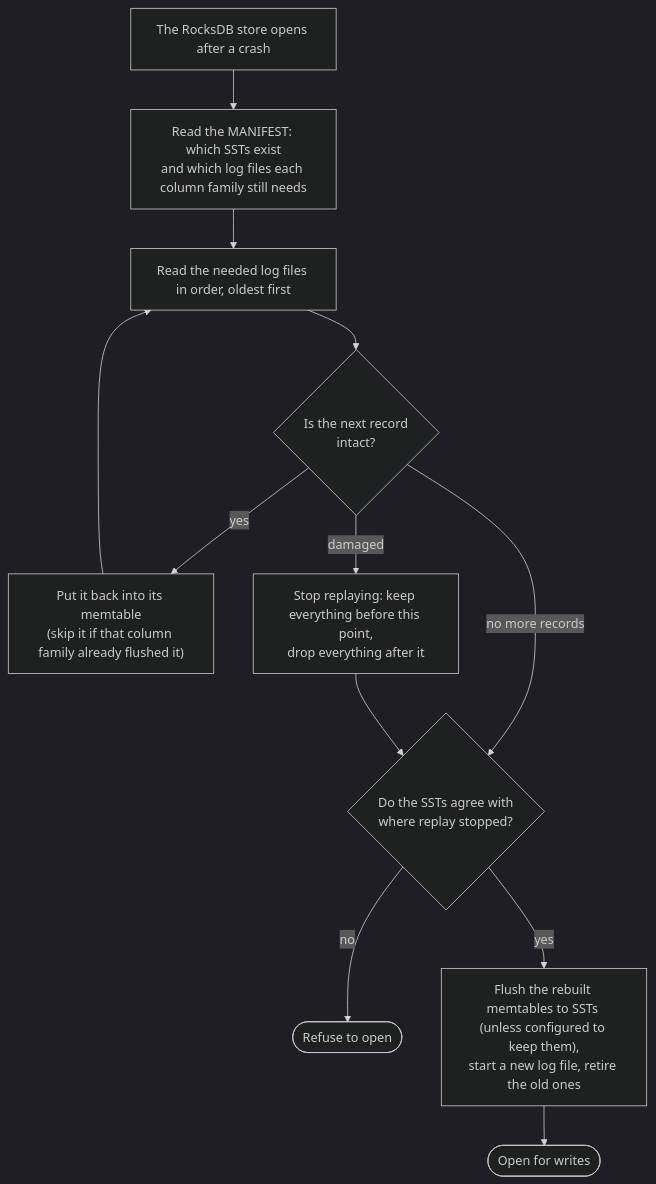
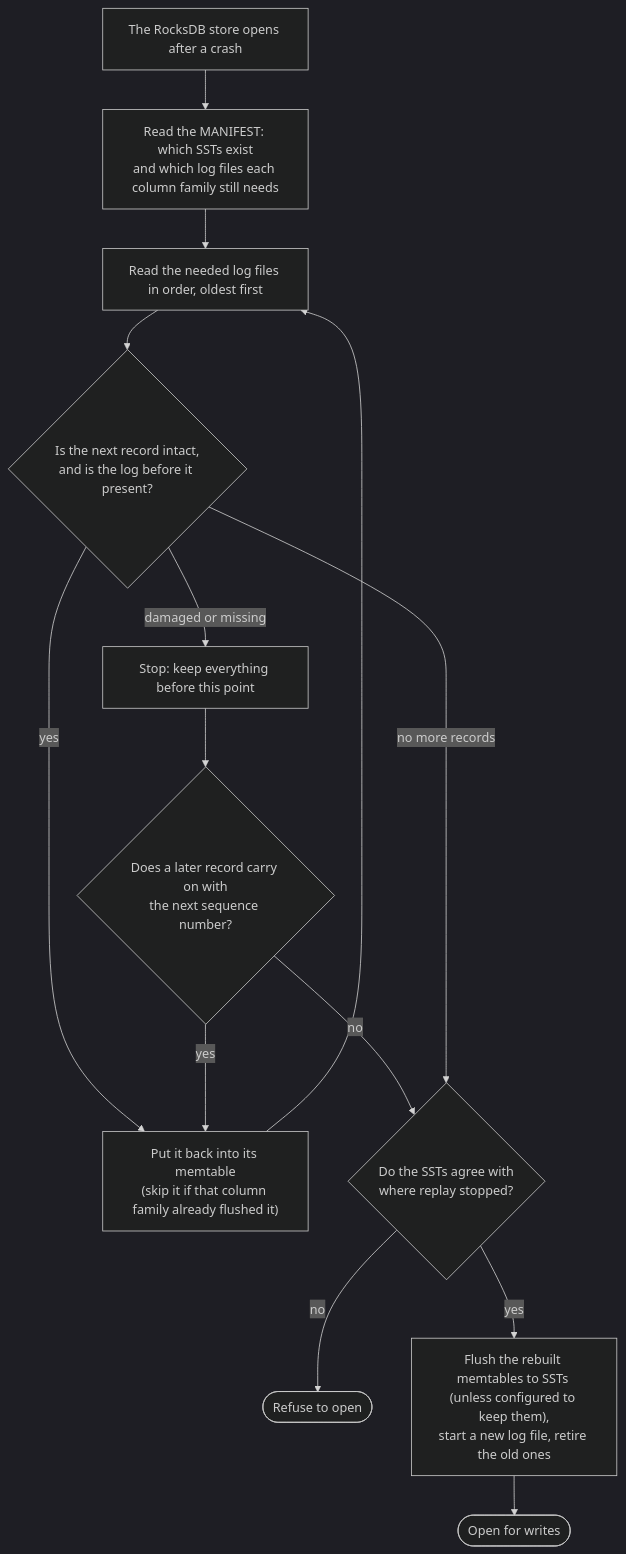
The third of 3 diagrams in algorithm/wal/wal.md (rupashreeh/verify_compaction), drawn with Mermaid (dark theme) before and after one commit. The commit also changed other lines of this file and 5 other files, not shown here.

````diff
--- a/algorithm/wal/wal.md
+++ b/algorithm/wal/wal.md
@@ -185,14 +189,17 @@
 ```mermaid
 flowchart TD
     S["The RocksDB store opens after a crash"] --> M["Read the MANIFEST: which SSTs exist<br/>and which log files each column family still needs"]
     M --> R["Read the needed log files in order, oldest first"]
-    R --> Q{"Is the next record<br/>intact?"}
+    R --> Q{"Is the next record intact,<br/>and is the log before it present?"}
     Q -- "yes" --> I["Put it back into its memtable<br/>(skip it if that column family already flushed it)"]
     I --> R
-    Q -- "damaged" --> P["Stop replaying: keep everything before this point,<br/>drop everything after it"]
+    Q -- "damaged or missing" --> P["Stop: keep everything before this point"]
+    P --> X{"Does a later record carry on with<br/>the next sequence number?"}
+    X -- "yes" --> I
+    X -- "no" --> C
     Q -- "no more records" --> C
-    P --> C{"Do the SSTs agree with<br/>where replay stopped?"}
+    C{"Do the SSTs agree with<br/>where replay stopped?"}
     C -- "no" --> F(["Refuse to open"])
     C -- "yes" --> L["Flush the rebuilt memtables to SSTs (unless configured to keep them),<br/>start a new log file, retire the old ones"]
     L --> O(["Open for writes"])
 ```
````
